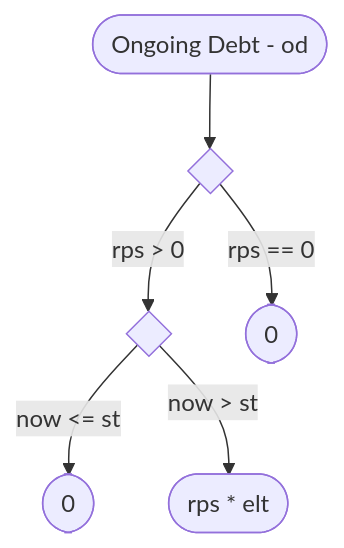
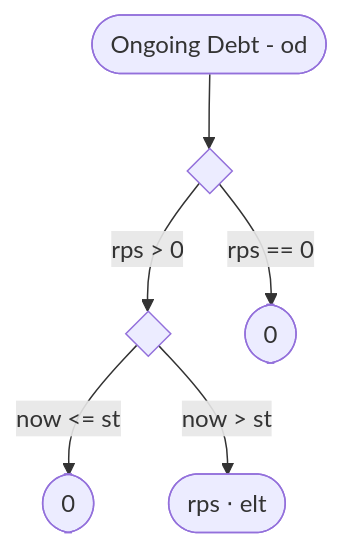
The third of 6 diagrams in docs/reference/flow/01-diagrams.md (sablier-labs/docs), drawn with Mermaid before and after one commit. The commit also changed 5 other files, not shown here.

````diff
--- a/docs/reference/flow/01-diagrams.md
+++ b/docs/reference/flow/01-diagrams.md
@@ -47,15 +47,15 @@
 ```mermaid
 flowchart TD
 rca([Ongoing Debt - od])
 di0{ }
 di1{ }
 res_00([0 ])
 res_01([0 ])
-res_rca(["rps * elt"])
+res_rca(["rps &sdot; elt"])
 
 rca --> di0
 di0 -- "rps > 0" --> di1
 di0 -- "rps == 0" --> res_00
 di1 -- "now <= st" --> res_01
 di1 -- "now > st" --> res_rca
 ```
````
